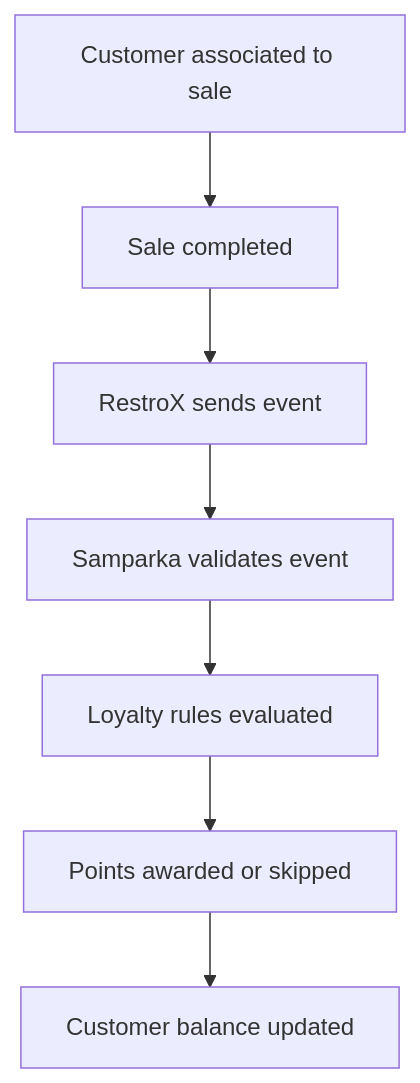
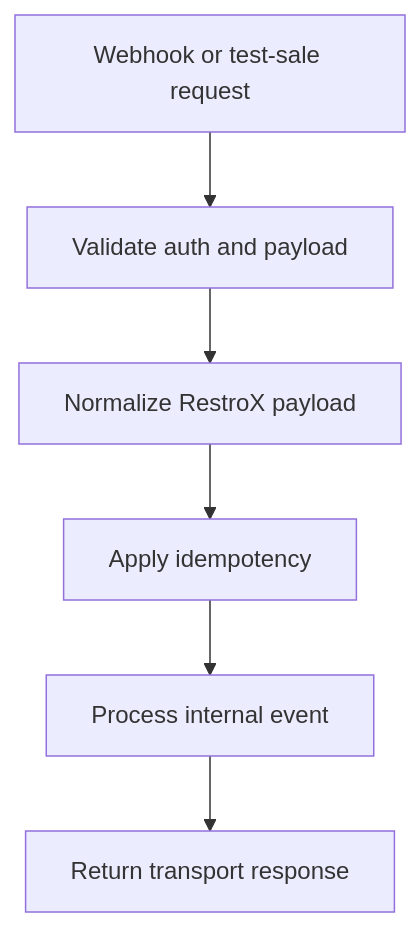
The diagram in integrations/restrox/native/loyalty-processing.mdx (krischal07/docs), drawn with Mermaid before and after one commit. The commit also changed other lines of this file and 77 other files, not shown here.

````diff
--- a/integrations/restrox/native/loyalty-processing.mdx
+++ b/integrations/restrox/native/loyalty-processing.mdx
@@ -25,9 +9,8 @@
 ```mermaid
 flowchart TD
-  A["Customer associated to sale"] --> B["Sale completed"]
-  B --> C["RestroX sends event"]
-  C --> D["Samparka validates event"]
-  D --> E["Loyalty rules evaluated"]
-  E --> F["Points awarded or skipped"]
-  F --> G["Customer balance updated"]
+  A["Webhook or test-sale request"] --> B["Validate auth and payload"]
+  B --> C["Normalize RestroX payload"]
+  C --> D["Apply idempotency"]
+  D --> E["Process internal event"]
+  E --> F["Return transport response"]
 ```
````
